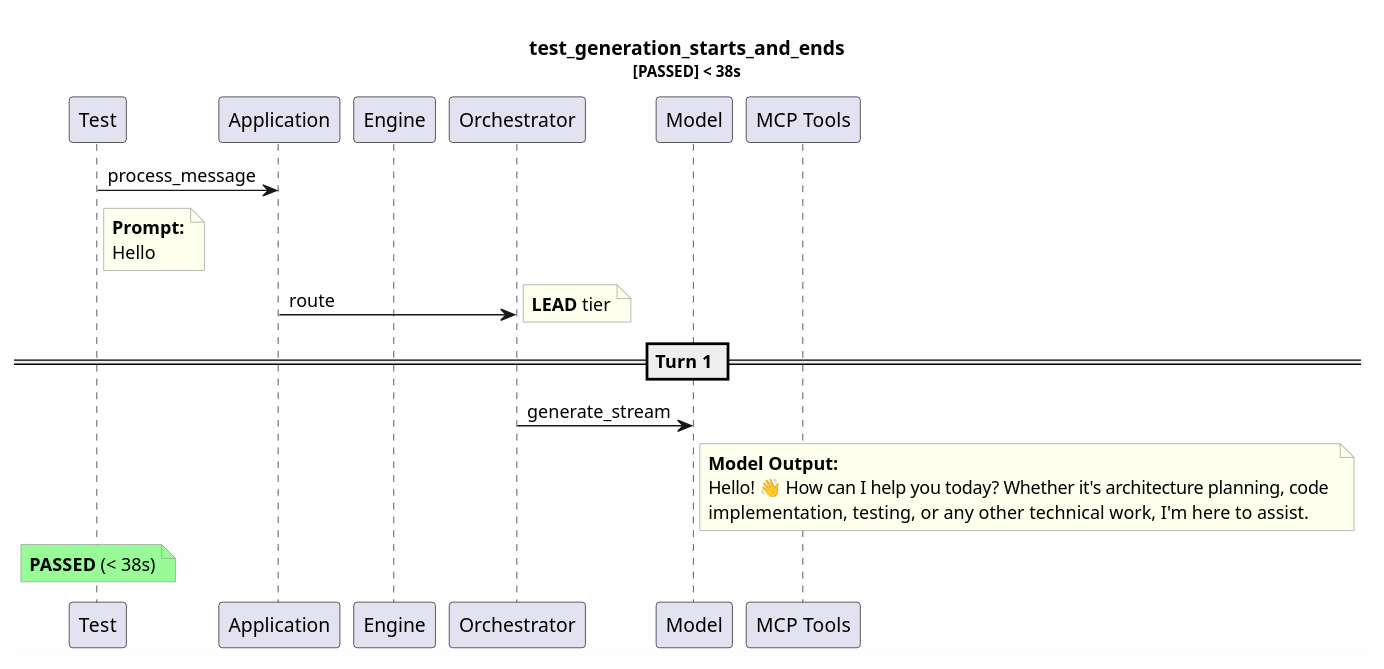
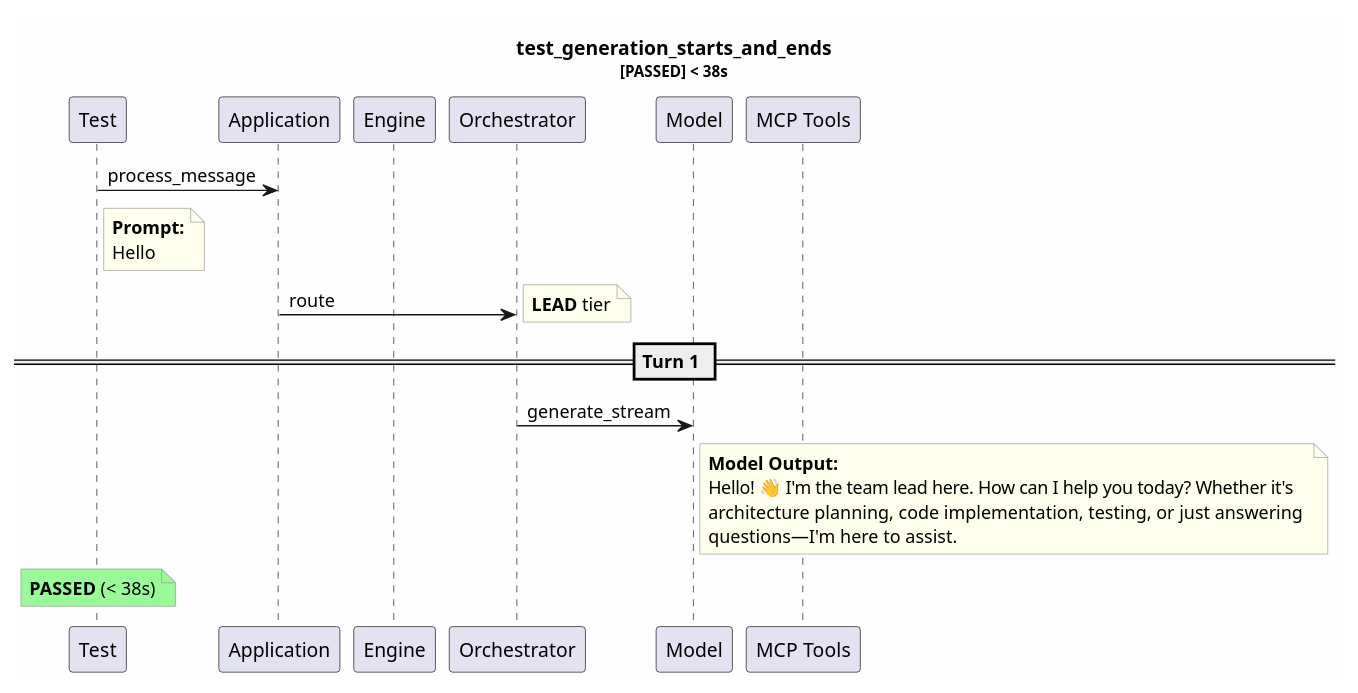
Before and after one commit to tvanfossen/entropic: the diagram in test-reports/logs/test_generation_starts_and_ends/test_generation_starts_and_ends.puml, drawn with PlantUML. The commit also changed 14 other files, not shown here.

```diff
--- a/test-reports/logs/test_generation_starts_and_ends/test_generation_starts_and_ends.puml
+++ b/test-reports/logs/test_generation_starts_and_ends/test_generation_starts_and_ends.puml
@@ -1,32 +1,33 @@
 @startuml
 skinparam backgroundColor #FEFEFE
 skinparam noteBorderColor #999999
 skinparam noteBackgroundColor #FFFFEE
 title test_generation_starts_and_ends\n<size:11>[PASSED] < 38s</size>
 
 participant "Test" as T
 participant "Application" as App
 participant "Engine" as Eng
 participant "Orchestrator" as Orch
 participant "Model" as Mdl
 participant "MCP Tools" as MCP
 
 T -> App: process_message
 note right of T
   **Prompt:**
   Hello
 end note
 App -> Orch: route
 note right: **LEAD** tier
 == Turn 1 ==
 Orch -> Mdl: generate_stream
 note right of Mdl
   **Model Output:**
-  Hello! 👋 How can I help you today? Whether it's architecture planning, code 
-  implementation, testing, or any other technical work, I'm here to assist.
+  Hello! 👋 I'm the team lead here. How can I help you today? Whether it's 
+  architecture planning, code implementation, testing, or just answering 
+  questions—I'm here to assist.
 end note
 note over T #palegreen
   **PASSED** (< 38s)
 end note
 
 @enduml
```
